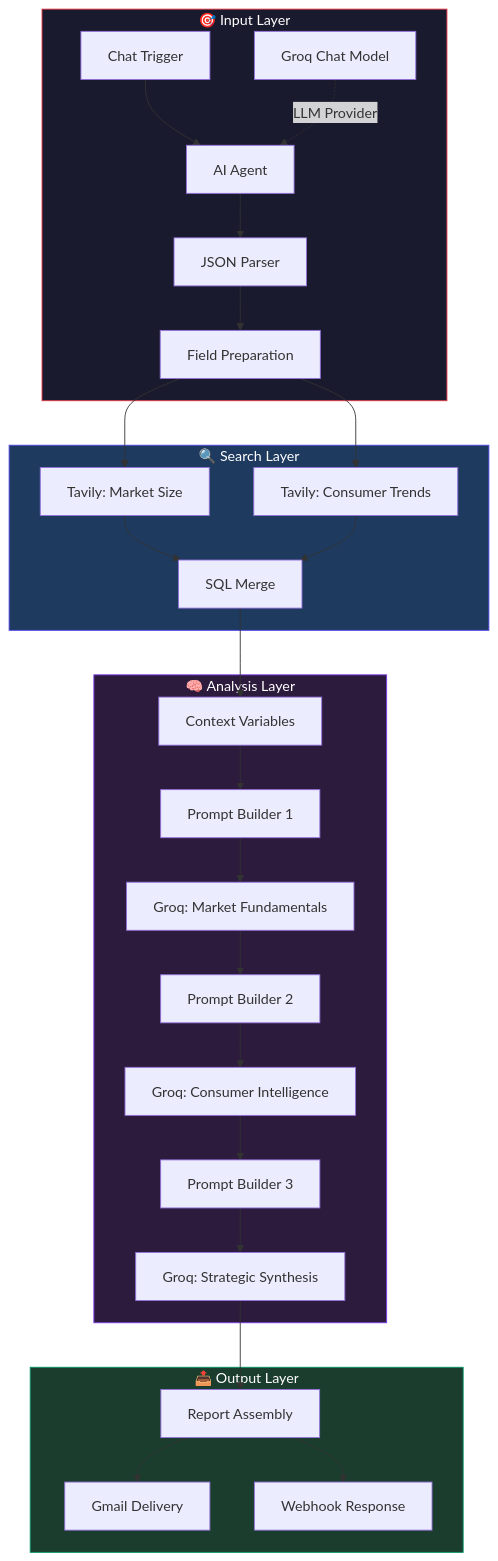
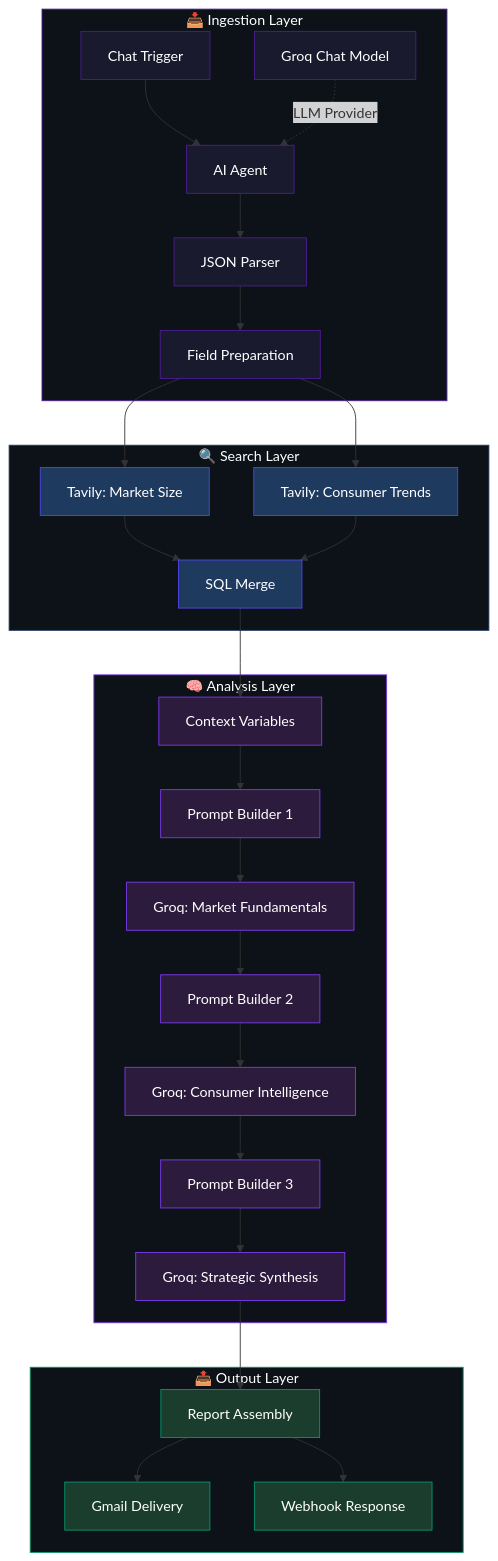
The first of 2 diagrams in ARCHITECTURE.md (RishabJainhub/market-research-pipeline), drawn with Mermaid before and after one commit. The commit also changed other lines of this file and 1 other file, not shown here.

Commit message:
style: elevate toolkit aesthetics with Elite visuals and refined architecture

````diff
--- a/ARCHITECTURE.md
+++ b/ARCHITECTURE.md
@@ -24,37 +24,56 @@
 ```mermaid
-graph TD
-    subgraph INPUT ["🎯 Input Layer"]
+flowchart TD
+    subgraph INGESTION ["📥 Ingestion Layer"]
         A[Chat Trigger] --> B[AI Agent]
         C[Groq Chat Model] -.->|LLM Provider| B
         B --> D[JSON Parser]
         D --> E[Field Preparation]
     end
 
-    subgraph SEARCH ["🔍 Search Layer"]
+    subgraph DISCOVERY ["🔍 Search Layer"]
         E --> F[Tavily: Market Size]
         E --> G[Tavily: Consumer Trends]
         F --> H[SQL Merge]
         G --> H
     end
 
     subgraph ANALYSIS ["🧠 Analysis Layer"]
         H --> I[Context Variables]
         I --> J[Prompt Builder 1]
         J --> K[Groq: Market Fundamentals]
         K --> L[Prompt Builder 2]
         L --> M[Groq: Consumer Intelligence]
         M --> N[Prompt Builder 3]
         N --> O[Groq: Strategic Synthesis]
     end
 
     subgraph OUTPUT ["📤 Output Layer"]
         O --> P[Report Assembly]
         P --> Q[Gmail Delivery]
         P --> R[Webhook Response]
     end
 
-    style INPUT fill:#1a1a2e,stroke:#e63946,color:#fff
-    style SEARCH fill:#1e3a5f,stroke:#4F46E5,color:#fff
-    style ANALYSIS fill:#2d1b3d,stroke:#7C3AED,color:#fff
-    style OUTPUT fill:#1b3d2d,stroke:#059669,color:#fff
+    style INGESTION fill:#0d1218,stroke:#4c1d95,color:#fff
+    style DISCOVERY fill:#0d1218,stroke:#1e3a5f,color:#fff
+    style ANALYSIS fill:#0d1218,stroke:#7c3aed,color:#fff
+    style OUTPUT fill:#0d1218,stroke:#059669,color:#fff
+
+    style A fill:#1a1a2e,stroke:#4c1d95,color:#fff
+    style B fill:#1a1a2e,stroke:#4c1d95,color:#fff
+    style C fill:#1a1a2e,stroke:#4c1d95,color:#fff
+    style D fill:#1a1a2e,stroke:#4c1d95,color:#fff
+    style E fill:#1a1a2e,stroke:#4c1d95,color:#fff
+    style F fill:#1e3a5f,stroke:#4F46E5,color:#fff
+    style G fill:#1e3a5f,stroke:#4F46E5,color:#fff
+    style H fill:#1e3a5f,stroke:#4F46E5,color:#fff
+    style I fill:#2d1b3d,stroke:#7C3AED,color:#fff
+    style J fill:#2d1b3d,stroke:#7C3AED,color:#fff
+    style K fill:#2d1b3d,stroke:#7C3AED,color:#fff
+    style L fill:#2d1b3d,stroke:#7C3AED,color:#fff
+    style M fill:#2d1b3d,stroke:#7C3AED,color:#fff
+    style N fill:#2d1b3d,stroke:#7C3AED,color:#fff
+    style O fill:#2d1b3d,stroke:#7C3AED,color:#fff
+    style P fill:#1b3d2d,stroke:#059669,color:#fff
+    style Q fill:#1b3d2d,stroke:#059669,color:#fff
+    style R fill:#1b3d2d,stroke:#059669,color:#fff
 ```
````
